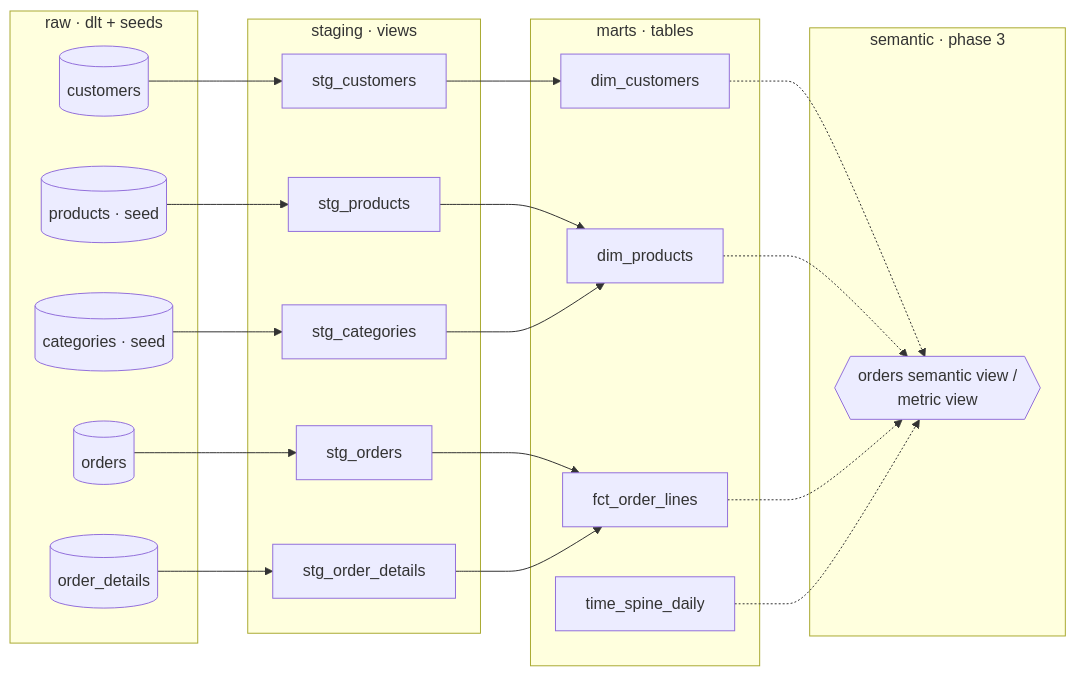
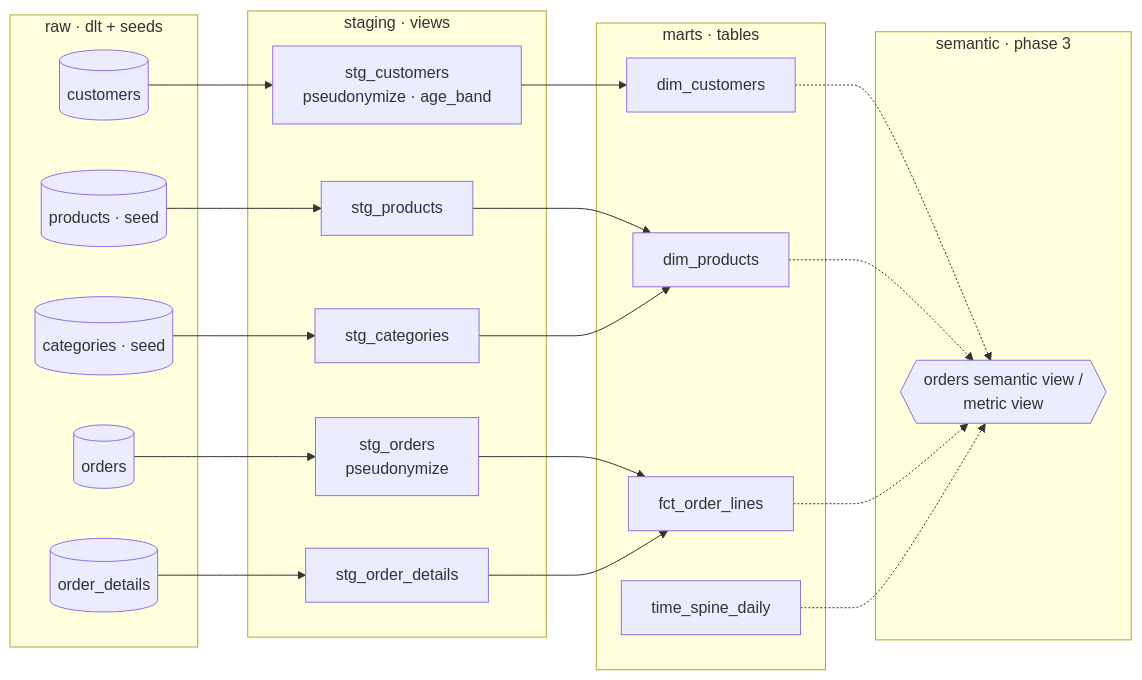
The first of 2 diagrams in docs/design/02-dbt-models.md (John-Miller12/portfolio-dual-target-dbt), drawn with Mermaid before and after one commit. The commit also changed other lines of this file, not shown here.

````diff
--- a/docs/design/02-dbt-models.md
+++ b/docs/design/02-dbt-models.md
@@ -101,35 +105,35 @@
 ```mermaid
 flowchart LR
   subgraph raw["raw · dlt + seeds"]
     rc[(customers)]
     ro[(orders)]
     rod[(order_details)]
     rp[(products · seed)]
     rcat[(categories · seed)]
   end
   subgraph staging["staging · views"]
-    sc[stg_customers]
-    so[stg_orders]
+    sc["stg_customers<br/>pseudonymize · age_band"]
+    so["stg_orders<br/>pseudonymize"]
     sod[stg_order_details]
     sp[stg_products]
     scat[stg_categories]
   end
   subgraph marts["marts · tables"]
     dc[dim_customers]
     dp[dim_products]
     f[fct_order_lines]
     ts[time_spine_daily]
   end
   subgraph semantic["semantic · phase 3"]
     sv{{"orders semantic view /<br/>metric view"}}
   end
   rc --> sc --> dc
   ro --> so --> f
   rod --> sod --> f
   rp --> sp --> dp
   rcat --> scat --> dp
   dc -.-> sv
   dp -.-> sv
   f -.-> sv
   ts -.-> sv
 ```
````
